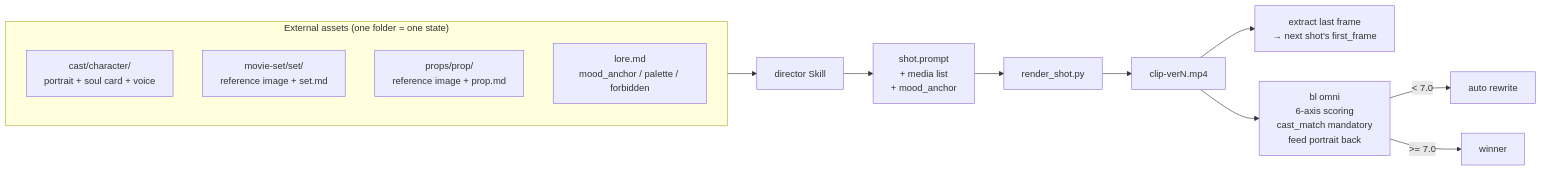
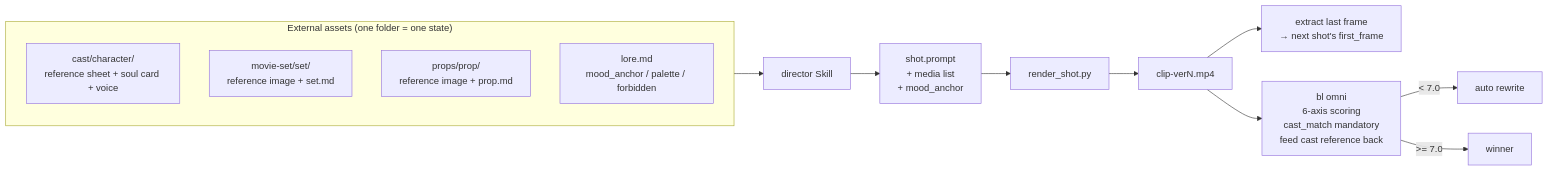
The second of 6 diagrams in docs/architecture.md (JohnKeating1997/spark-video), drawn with Mermaid before and after one commit. The commit also changed other lines of this file and 23 other files, not shown here.

Commit message:
Update cast assets to reference sheets

````diff
--- a/docs/architecture.md
+++ b/docs/architecture.md
@@ -129,19 +129,19 @@
 ```mermaid
 flowchart LR
     subgraph Assets["External assets (one folder = one state)"]
-        Cast[cast/character/<br/>portrait + soul card + voice]
+        Cast[cast/character/<br/>reference sheet + soul card + voice]
         Set[movie-set/set/<br/>reference image + set.md]
         Prop[props/prop/<br/>reference image + prop.md]
         Lore[lore.md<br/>mood_anchor / palette / forbidden]
     end
 
     Assets --> Director[director Skill]
     Director --> Shot[shot.prompt<br/>+ media list<br/>+ mood_anchor]
     Shot --> Render[render_shot.py]
     Render --> Clip[clip-verN.mp4]
     Clip --> LastFrame[extract last frame<br/>→ next shot's first_frame]
 
-    Clip --> Reviewer[bl omni<br/>6-axis scoring<br/>cast_match mandatory<br/>feed portrait back]
+    Clip --> Reviewer[bl omni<br/>6-axis scoring<br/>cast_match mandatory<br/>feed cast reference back]
     Reviewer -- < 7.0 --> Rewrite[auto rewrite]
     Reviewer -- >= 7.0 --> Winner[winner]
 ```
````
